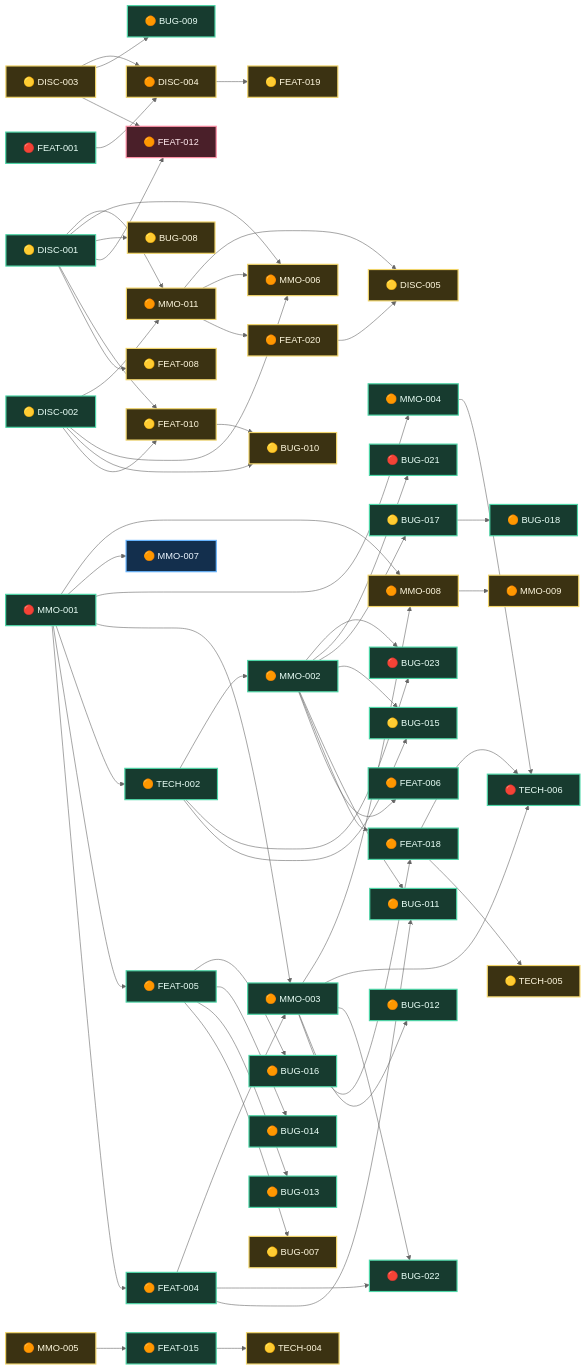
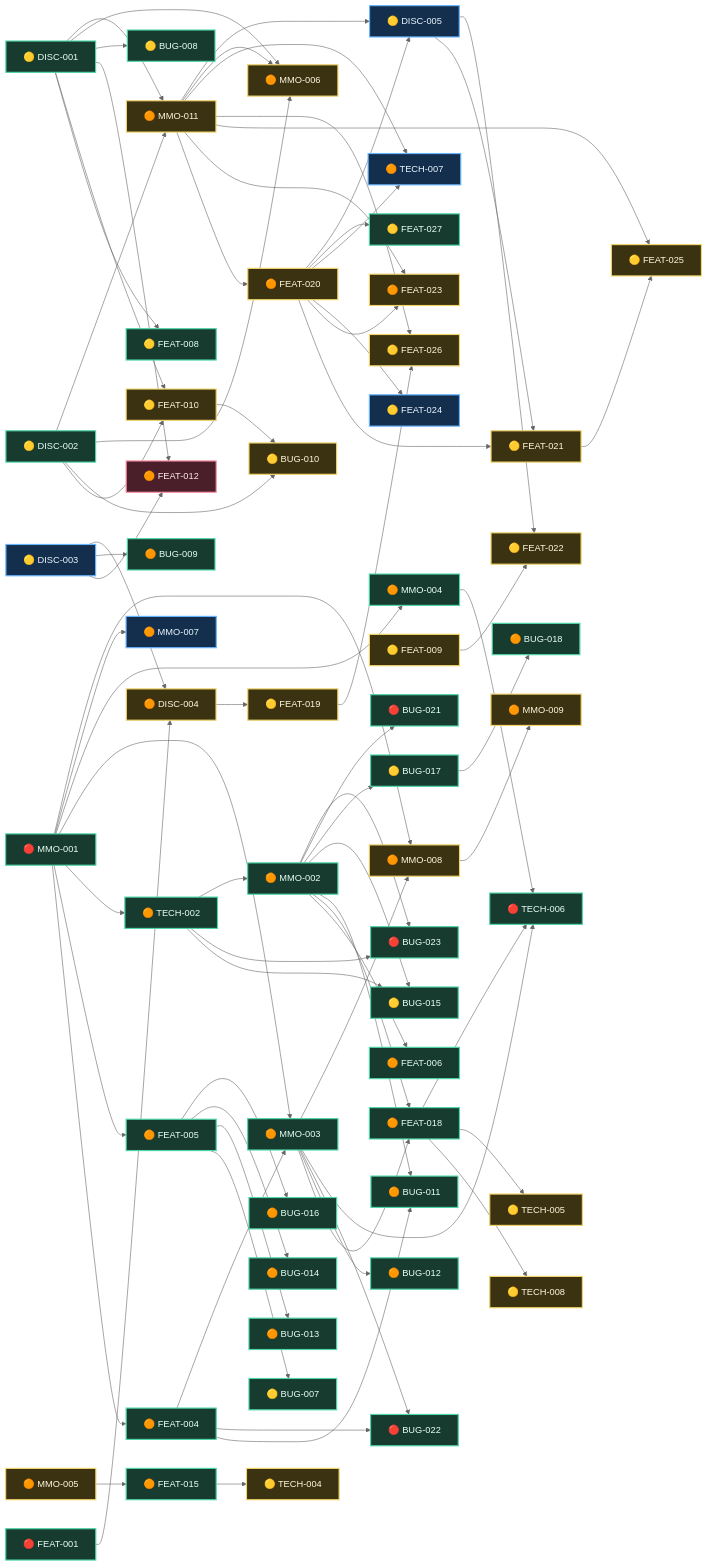
One commit to asciifaceman/lived changed the first of 2 diagrams in docs/feature-tracker.md. Above: the diagram before and after it, drawn with Mermaid (neutral theme). The commit also changed other lines of this file and 32 other files, not shown here.

````diff
--- a/docs/feature-tracker.md
+++ b/docs/feature-tracker.md
@@ -162,12 +180,20 @@
 	FEAT_005["🟠 FEAT-005"]
 	FEAT_006["🟠 FEAT-006"]
 	FEAT_008["🟡 FEAT-008"]
+	FEAT_009["🟡 FEAT-009"]
 	FEAT_010["🟡 FEAT-010"]
 	FEAT_012["🟠 FEAT-012"]
 	FEAT_015["🟠 FEAT-015"]
 	FEAT_018["🟠 FEAT-018"]
 	FEAT_019["🟡 FEAT-019"]
 	FEAT_020["🟠 FEAT-020"]
+	FEAT_021["🟡 FEAT-021"]
+	FEAT_022["🟡 FEAT-022"]
+	FEAT_023["🟠 FEAT-023"]
+	FEAT_024["🟡 FEAT-024"]
+	FEAT_025["🟡 FEAT-025"]
+	FEAT_026["🟡 FEAT-026"]
+	FEAT_027["🟡 FEAT-027"]
 	MMO_001["🔴 MMO-001"]
 	MMO_002["🟠 MMO-002"]
 	MMO_003["🟠 MMO-003"]
@@ -182,6 +208,8 @@
 	TECH_004["🟡 TECH-004"]
 	TECH_005["🟡 TECH-005"]
 	TECH_006["🔴 TECH-006"]
+	TECH_007["🟠 TECH-007"]
+	TECH_008["🟡 TECH-008"]
 	MMO_001 --> FEAT_004
 	MMO_001 --> FEAT_005
 	MMO_002 --> FEAT_006
@@ -195,6 +223,21 @@
 	MMO_003 --> FEAT_018
 	DISC_004 --> FEAT_019
 	MMO_011 --> FEAT_020
+	FEAT_020 --> FEAT_021
+	DISC_005 --> FEAT_021
+	FEAT_009 --> FEAT_022
+	DISC_005 --> FEAT_022
+	MMO_011 --> FEAT_023
+	FEAT_020 --> FEAT_023
+	FEAT_020 --> FEAT_024
+	FEAT_021 --> FEAT_025
+	MMO_011 --> FEAT_025
+	FEAT_019 --> FEAT_026
+	MMO_011 --> FEAT_026
+	MMO_011 --> TECH_007
+	FEAT_020 --> TECH_007
+	FEAT_020 --> FEAT_027
+	FEAT_018 --> TECH_008
 	FEAT_005 --> BUG_007
 	DISC_001 --> BUG_008
 	DISC_003 --> BUG_009
@@ -244,8 +287,8 @@
 	classDef todo fill:#3b3212,stroke:#f0d46a,stroke-width:2px,color:#fff8de;
 	classDef blocked fill:#4a1f29,stroke:#ff8fa6,stroke-width:2px,color:#ffe9ee;
 
-	class BUG_007 todo;
-	class BUG_008 todo;
+	class BUG_007 done;
+	class BUG_008 done;
 	class BUG_009 done;
 	class BUG_010 todo;
 	class BUG_011 done;
@@ -261,20 +304,28 @@
 	class BUG_023 done;
 	class DISC_001 done;
 	class DISC_002 done;
-	class DISC_003 todo;
+	class DISC_003 inProgress;
 	class DISC_004 todo;
-	class DISC_005 todo;
+	class DISC_005 inProgress;
 	class FEAT_001 done;
 	class FEAT_004 done;
 	class FEAT_005 done;
 	class FEAT_006 done;
-	class FEAT_008 todo;
+	class FEAT_008 done;
+	class FEAT_009 todo;
 	class FEAT_010 todo;
 	class FEAT_012 blocked;
 	class FEAT_015 done;
 	class FEAT_018 done;
 	class FEAT_019 todo;
 	class FEAT_020 todo;
+	class FEAT_021 todo;
+	class FEAT_022 todo;
+	class FEAT_023 todo;
+	class FEAT_024 inProgress;
+	class FEAT_025 todo;
+	class FEAT_026 todo;
+	class FEAT_027 done;
 	class MMO_001 done;
 	class MMO_002 done;
 	class MMO_003 done;
@@ -289,5 +340,7 @@
 	class TECH_004 todo;
 	class TECH_005 todo;
 	class TECH_006 done;
+	class TECH_007 inProgress;
+	class TECH_008 todo;
 
 ```
````
